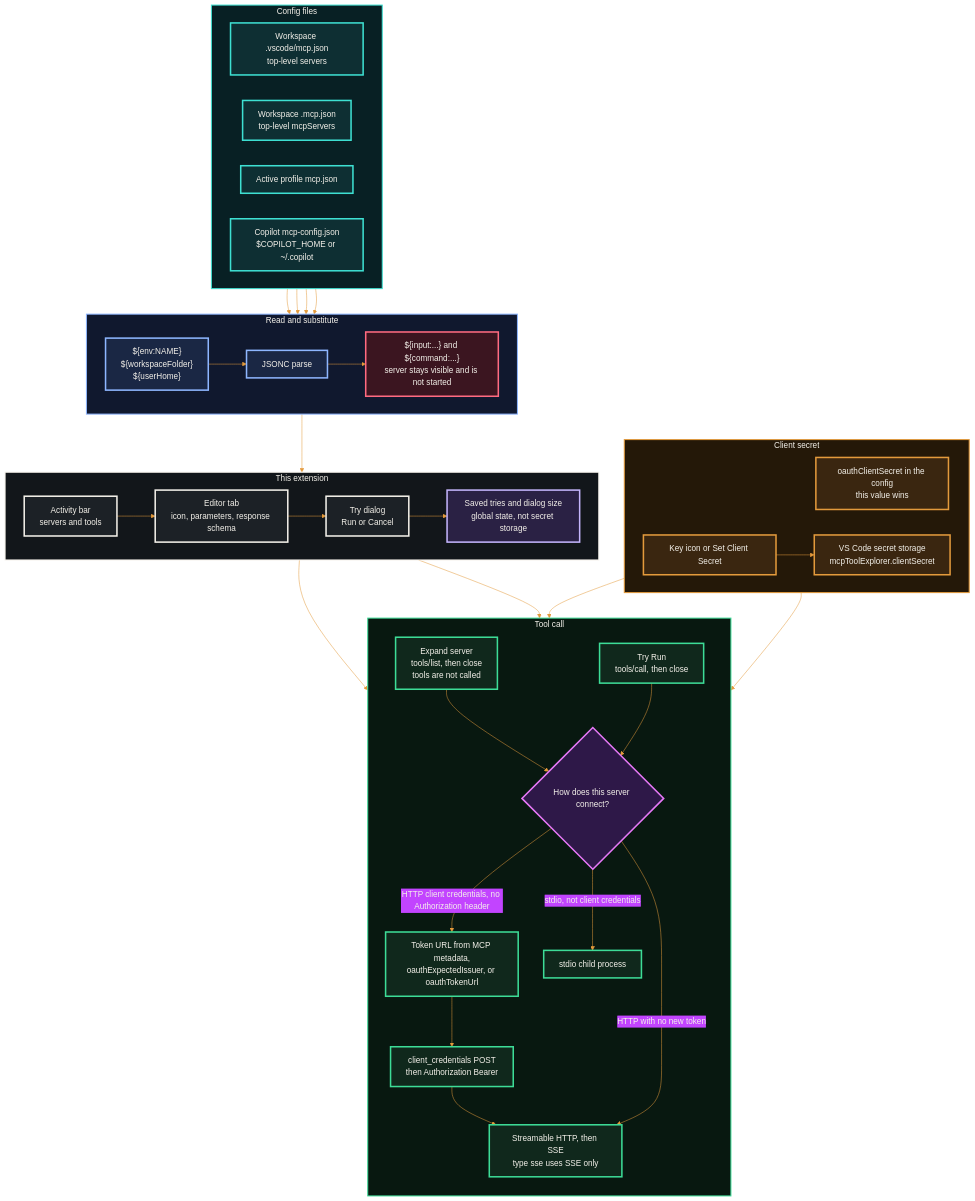
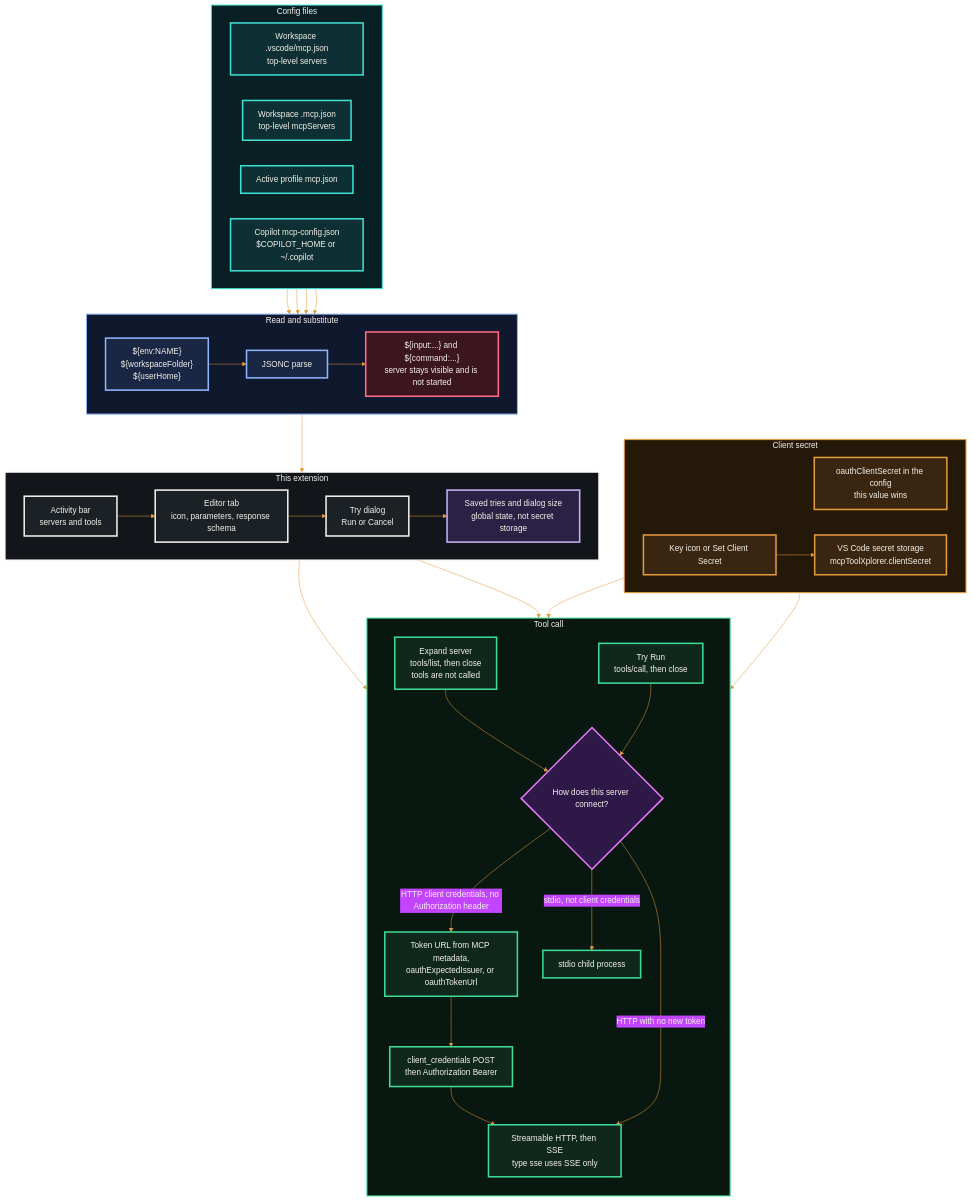
Before and after one commit to garrardkitchen/vscode-mcp-tool-explorer: the diagram in AGENTS.md, drawn with Mermaid. The commit also changed other lines of this file and 19 other files, not shown here.

First line of the commit message:
feat: rename the extension to MCP Tool Xplorer

```diff
--- a/AGENTS.md
+++ b/AGENTS.md
@@ -124,7 +124,7 @@
     direction LR
     INFILE["oauthClientSecret in the config<br/>this value wins"]
     KEY["Key icon or Set Client Secret"]
-    VAULT["VS Code secret storage<br/>mcpToolExplorer.clientSecret"]
+    VAULT["VS Code secret storage<br/>mcpToolXplorer.clientSecret"]
     KEY --> VAULT
   end
 
```
